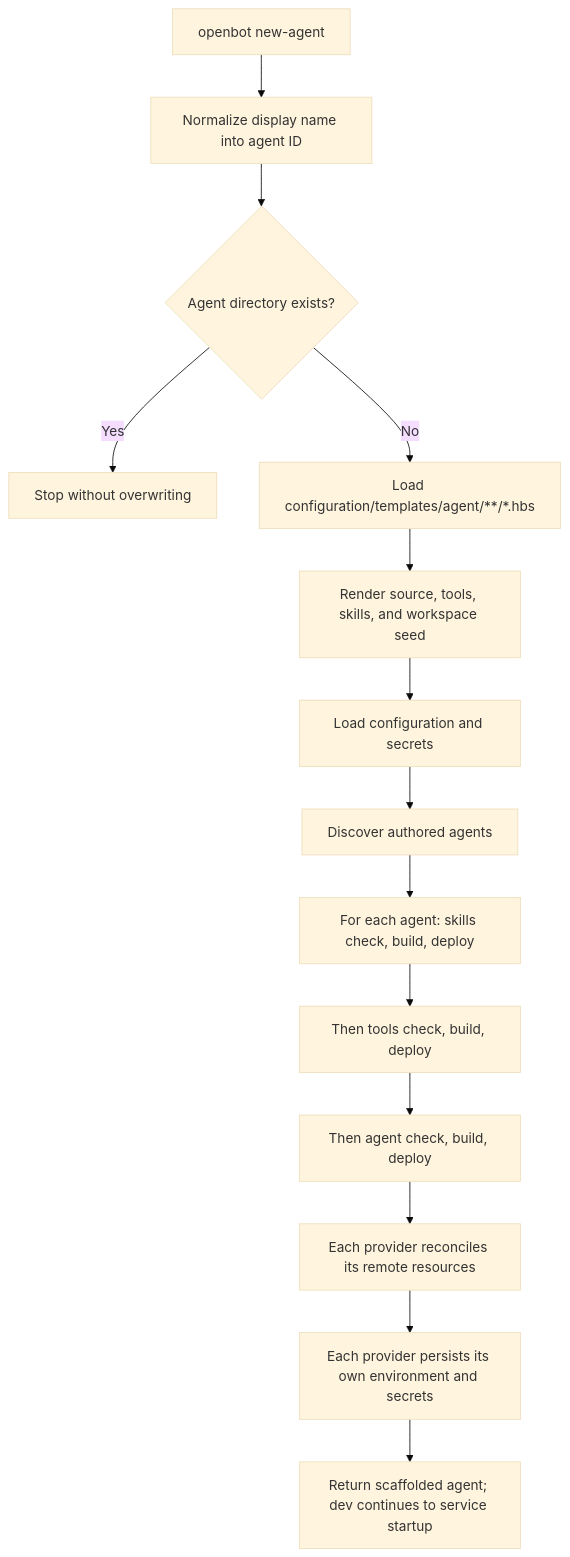
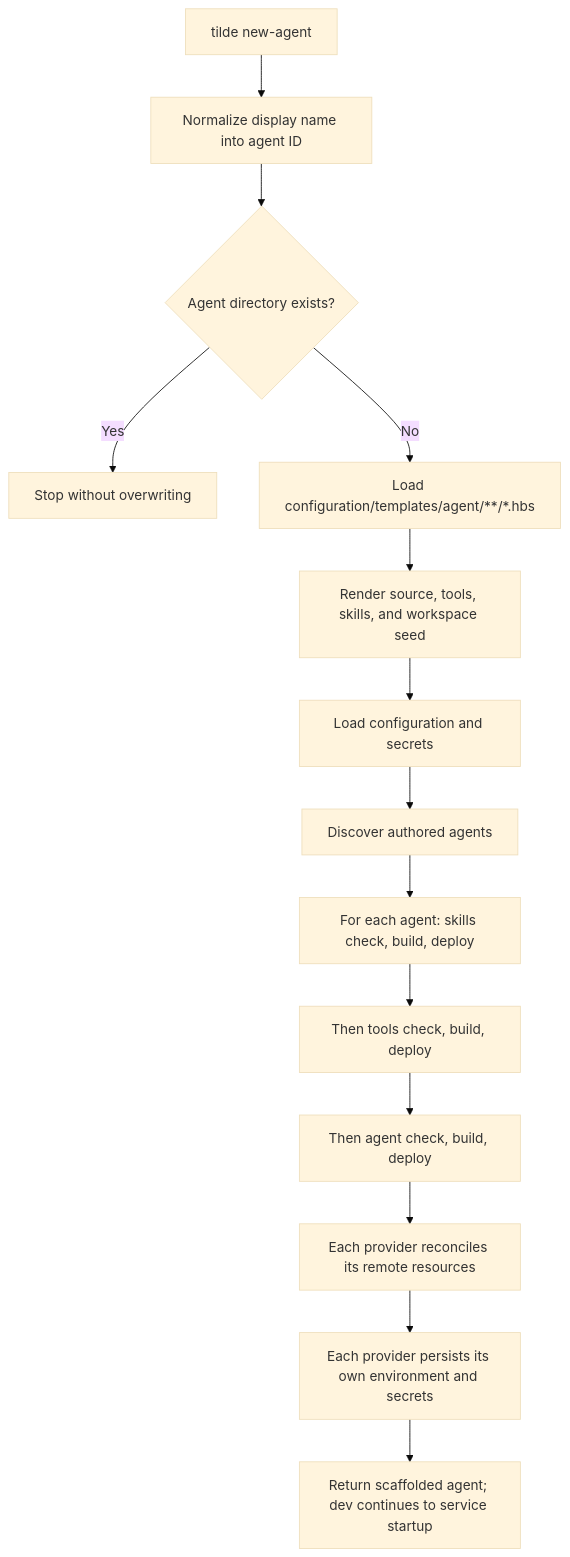
Before and after one commit to trytilde/dispatch: the second of 4 diagrams in docs/lifecycle.md, drawn with Mermaid (base theme). The commit also changed other lines of this file and 668 other files, not shown here.

````diff
--- a/docs/lifecycle.md
+++ b/docs/lifecycle.md
@@ -54,16 +54,16 @@
 ```mermaid
 flowchart TD
-  A["openbot new-agent"] --> B["Normalize display name into agent ID"]
+  A["tilde new-agent"] --> B["Normalize display name into agent ID"]
   B --> C{"Agent directory exists?"}
   C -- "Yes" --> D["Stop without overwriting"]
   C -- "No" --> E["Load configuration/templates/agent/**/*.hbs"]
   E --> F["Render source, tools, skills, and workspace seed"]
   F --> G["Load configuration and secrets"]
   G --> H["Discover authored agents"]
   H --> I["For each agent: skills check, build, deploy"]
   I --> J["Then tools check, build, deploy"]
   J --> K["Then agent check, build, deploy"]
   K --> L["Each provider reconciles its remote resources"]
   L --> M["Each provider persists its own environment and secrets"]
   M --> N["Return scaffolded agent; dev continues to service startup"]
 ```
````
